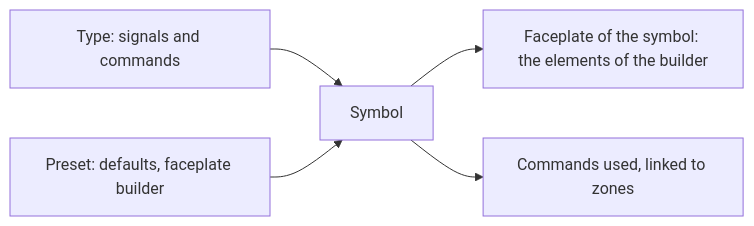
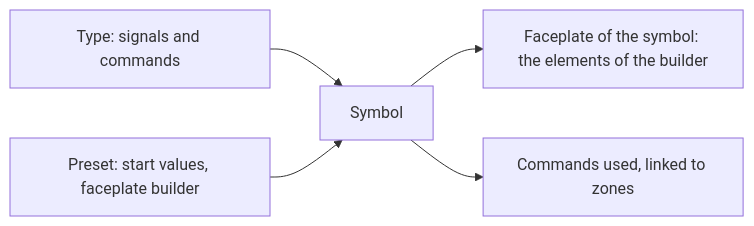
Before and after one commit to AlexandreGallais/synoptic-studio-spec: the diagram in symbols/02-type-and-faceplate.md, drawn with Mermaid. The commit also changed other lines of this file and 19 other files, not shown here.

````diff
--- a/symbols/02-type-and-faceplate.md
+++ b/symbols/02-type-and-faceplate.md
@@ -18,7 +18,7 @@
 ```mermaid
 flowchart LR
     TY["Type: signals and commands"] --> SY["Symbol"]
-    PR["Preset: defaults, faceplate builder"] --> SY
+    PR["Preset: start values, faceplate builder"] --> SY
     SY --> FP["Faceplate of the symbol: the elements of the builder"]
     SY --> CM["Commands used, linked to zones"]
 ```
````
